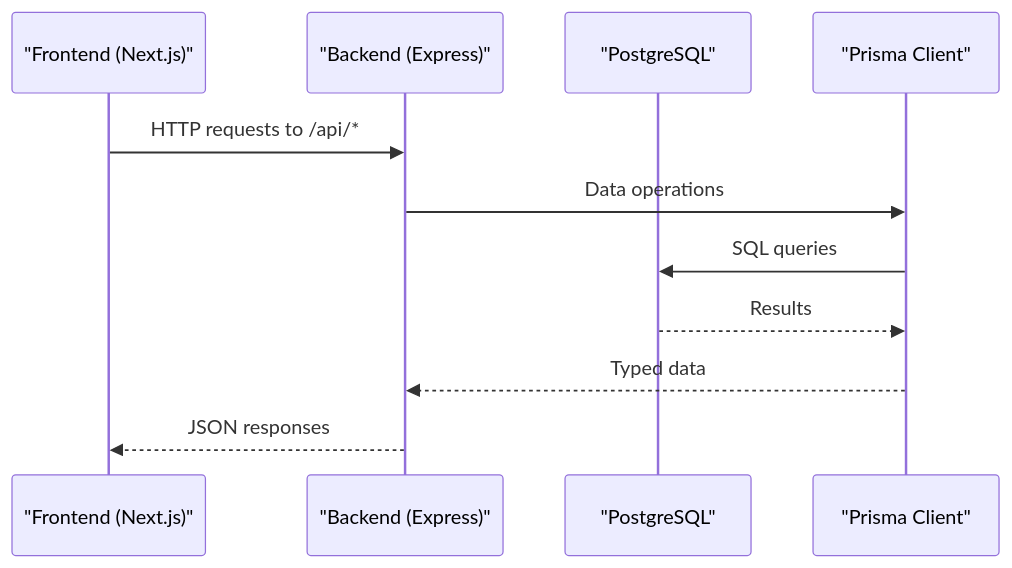
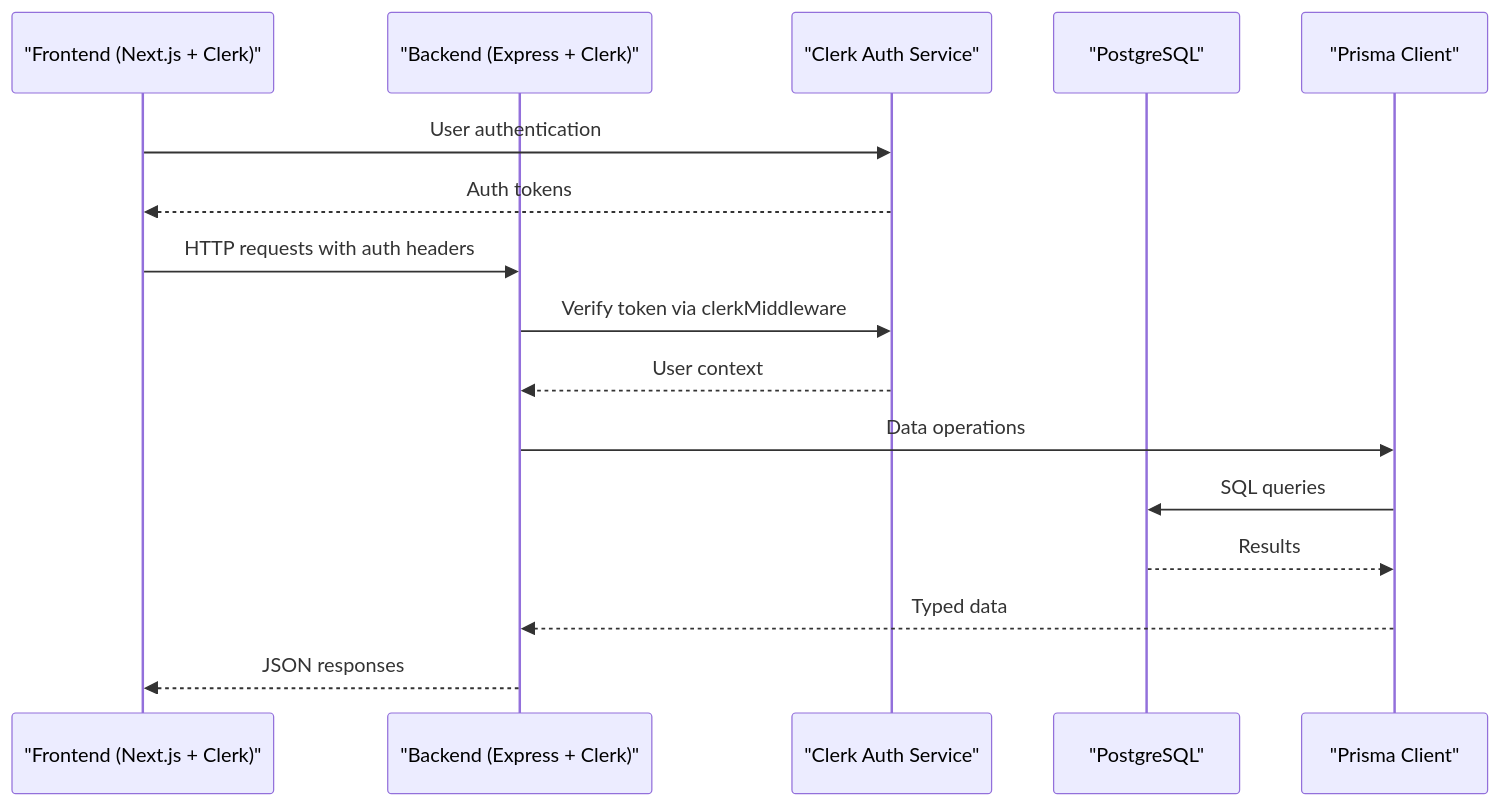
The second of 6 diagrams in .qoder/repowiki/en/content/Getting Started.md (ZandileMkontwana/olympiad-portal), drawn with Mermaid before and after one commit. The commit also changed other lines of this file and 16 other files, not shown here.

Commit message:
fix: test(backend): update tests for Clerk auth and Supabase storage

````diff
--- a/.qoder/repowiki/en/content/Getting Started.md
+++ b/.qoder/repowiki/en/content/Getting Started.md
@@ -99,13 +115,18 @@
 ```mermaid
 sequenceDiagram
-participant FE as "Frontend (Next.js)"
-participant BE as "Backend (Express)"
+participant FE as "Frontend (Next.js + Clerk)"
+participant BE as "Backend (Express + Clerk)"
+participant CLERK as "Clerk Auth Service"
 participant DB as "PostgreSQL"
 participant PRISMA as "Prisma Client"
-FE->>BE : HTTP requests to /api/*
+FE->>CLERK : User authentication
+CLERK-->>FE : Auth tokens
+FE->>BE : HTTP requests with auth headers
+BE->>CLERK : Verify token via clerkMiddleware
+CLERK-->>BE : User context
 BE->>PRISMA : Data operations
 PRISMA->>DB : SQL queries
 DB-->>PRISMA : Results
 PRISMA-->>BE : Typed data
 BE-->>FE : JSON responses
 ```
````
